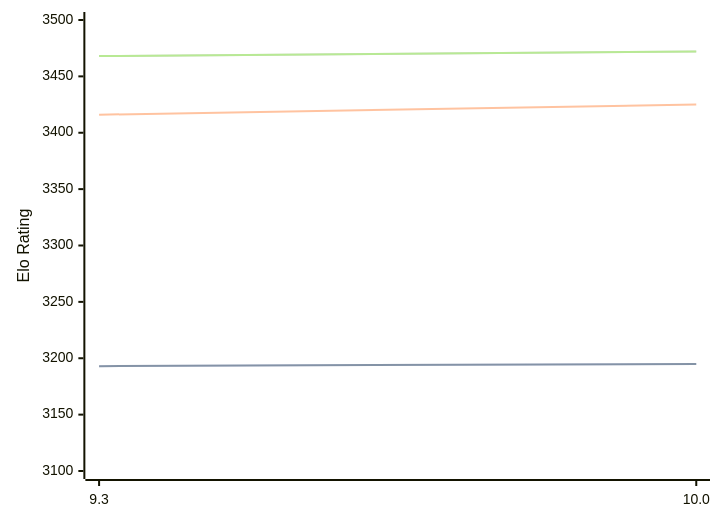
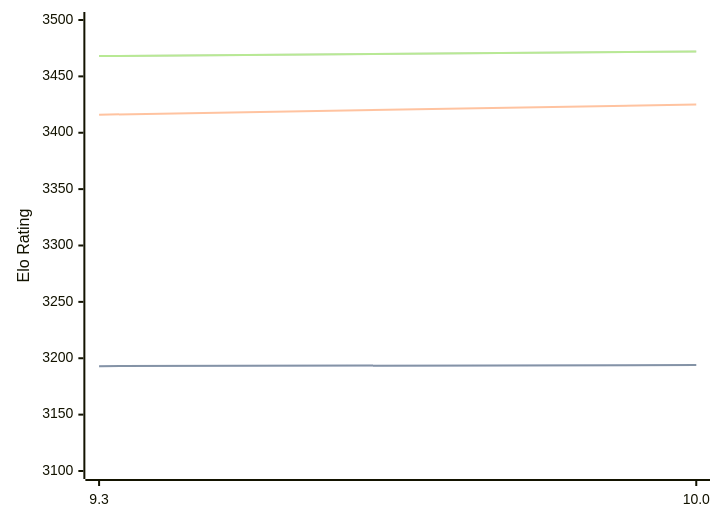
One commit to computer-chess-index/cci changed the diagram in engines/Fire.md. Above: the diagram before and after it, drawn with Mermaid. The commit also changed other lines of this file, not shown here.

Commit message:
Update CCI Ratings (ELO VLTC) - 2026-03-01

````diff
--- a/engines/Fire.md
+++ b/engines/Fire.md
@@ -45,11 +45,11 @@
 ```mermaid
 %%{init: {"theme":"base","themeVariables":{"seriesColors:['#a3a3a3','#222221','#faa371']}}}%%
 xychart-beta
   x-axis ["9.3", "10.0"]
   y-axis "Elo Rating" 3100 --> 3500
-  line "STC (8.0+0.08s)" [3193, 3195]
-  line "STC (8.0+0.08s)" [3193, 3195]
+  line "STC (8.0+0.08s)" [3193, 3194]
+  line "STC (8.0+0.08s)" [3193, 3194]
   line "LTC (60.0+0.60s)" [3416, 3425]
   line "VLTC (2m24s+1.12s)" [3468, 3472]
   line "VLTC (2m24s+1.12s)" [3468, 3472]
 ```
````
